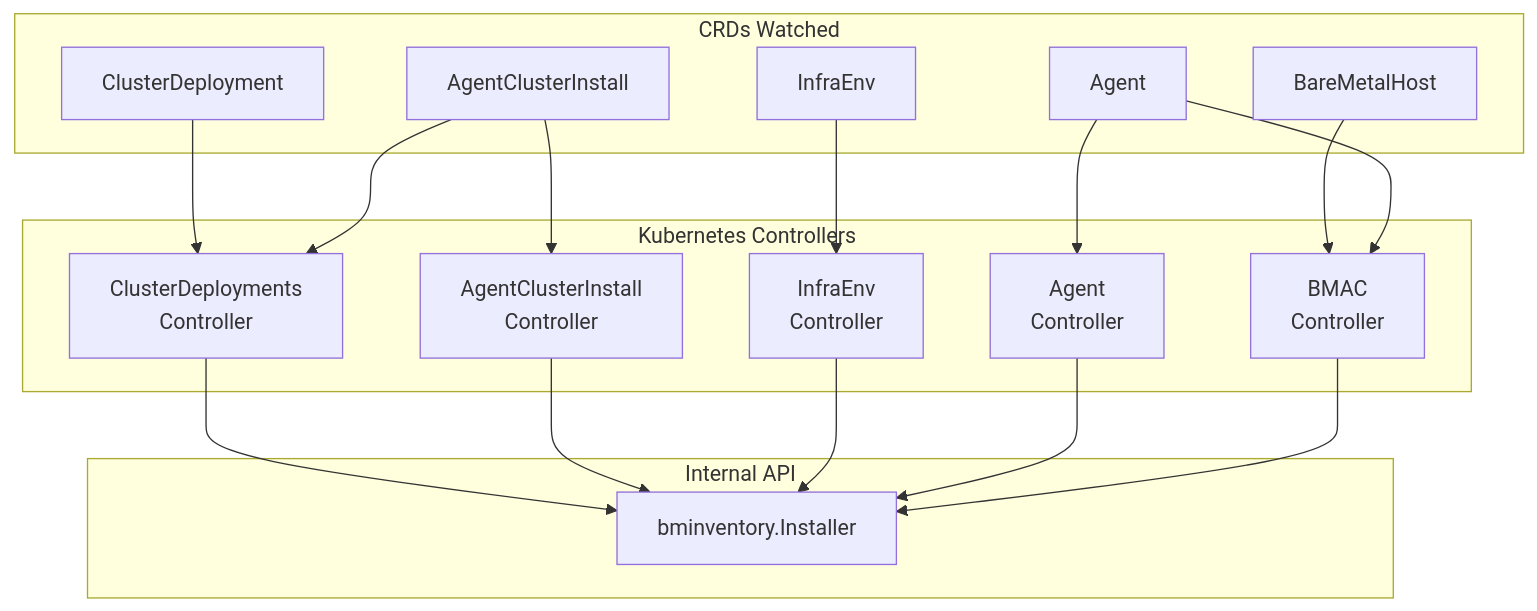
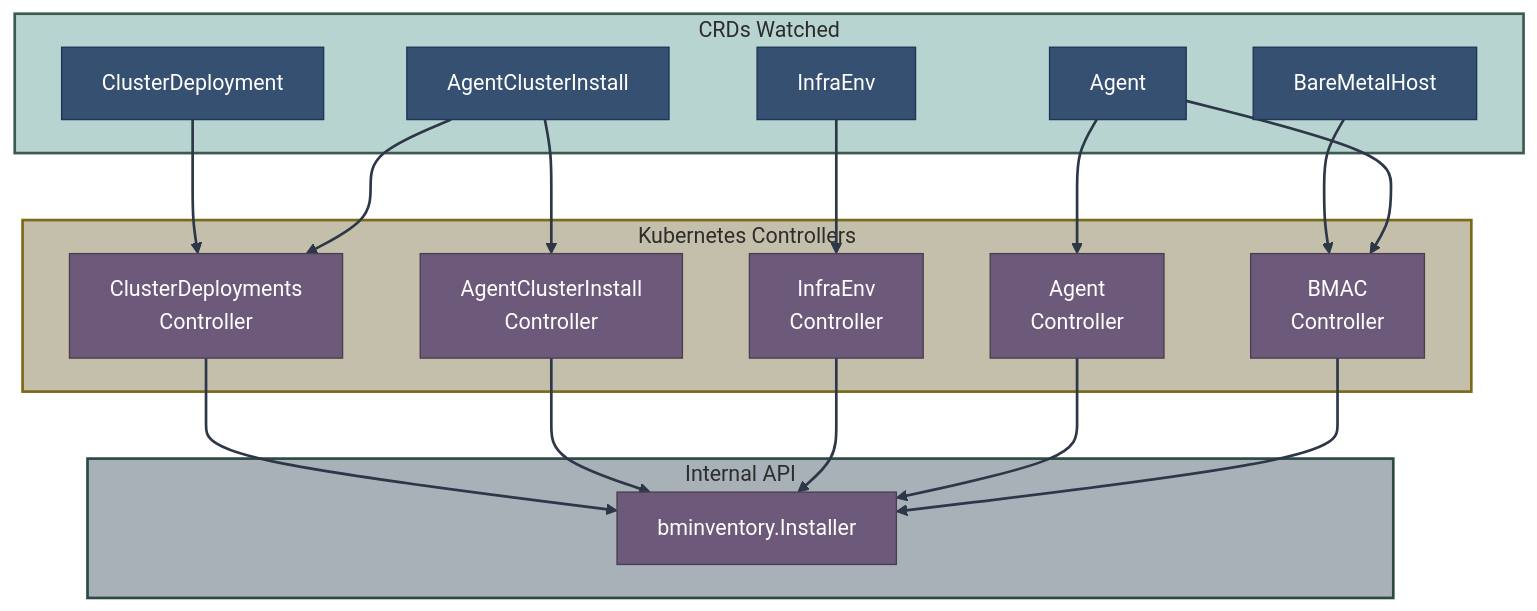
The fourth of 4 diagrams in 03-assisted-installation/rest-api-vs-kube-api.md (zszabo-rh/openshift-install-guide), drawn with Mermaid before and after one commit. The commit also changed other lines of this file and 16 other files, not shown here.

Commit message:
improved diagram style

````diff
--- a/03-assisted-installation/rest-api-vs-kube-api.md
+++ b/03-assisted-installation/rest-api-vs-kube-api.md
@@ -310,36 +347,54 @@
 ```mermaid
 graph TB
-    subgraph "Kubernetes Controllers"
+    subgraph controllers["Kubernetes Controllers"]
         CDC[ClusterDeployments<br/>Controller]
         ACIC[AgentClusterInstall<br/>Controller]
         IEC[InfraEnv<br/>Controller]
         AC[Agent<br/>Controller]
         BMAC[BMAC<br/>Controller]
     end
     
-    subgraph "Internal API"
+    subgraph internal["Internal API"]
         BM[bminventory.Installer]
     end
     
-    subgraph "CRDs Watched"
+    subgraph crds["CRDs Watched"]
         CD[ClusterDeployment]
         ACI[AgentClusterInstall]
         IE[InfraEnv]
         AGENT[Agent]
         BMH[BareMetalHost]
     end
     
     CD --> CDC
     ACI --> ACIC
     ACI --> CDC
     IE --> IEC
     AGENT --> AC
     BMH --> BMAC
     AGENT --> BMAC
     
     CDC --> BM
     ACIC --> BM
     IEC --> BM
     AC --> BM
     BMAC --> BM
+    
+    style CDC fill:#6d597a,stroke:#4a3f50,color:#fff
+    style ACIC fill:#6d597a,stroke:#4a3f50,color:#fff
+    style IEC fill:#6d597a,stroke:#4a3f50,color:#fff
+    style AC fill:#6d597a,stroke:#4a3f50,color:#fff
+    style BMAC fill:#6d597a,stroke:#4a3f50,color:#fff
+    style BM fill:#6d597a,stroke:#4a3f50,color:#fff
+    style CD fill:#355070,stroke:#1d3557,color:#fff
+    style ACI fill:#355070,stroke:#1d3557,color:#fff
+    style IE fill:#355070,stroke:#1d3557,color:#fff
+    style AGENT fill:#355070,stroke:#1d3557,color:#fff
+    style BMH fill:#355070,stroke:#1d3557,color:#fff
+    
+    style controllers fill:#c4bfaa,stroke:#7a6a1a,stroke-width:2px,color:#2d2d2d
+    style internal fill:#a8b0b8,stroke:#2d4a42,stroke-width:2px,color:#2d2d2d
+    style crds fill:#b8d4d0,stroke:#3d5a52,stroke-width:2px,color:#2d2d2d
+    
+    linkStyle default stroke:#2d3748,stroke-width:2px
 ```
````
